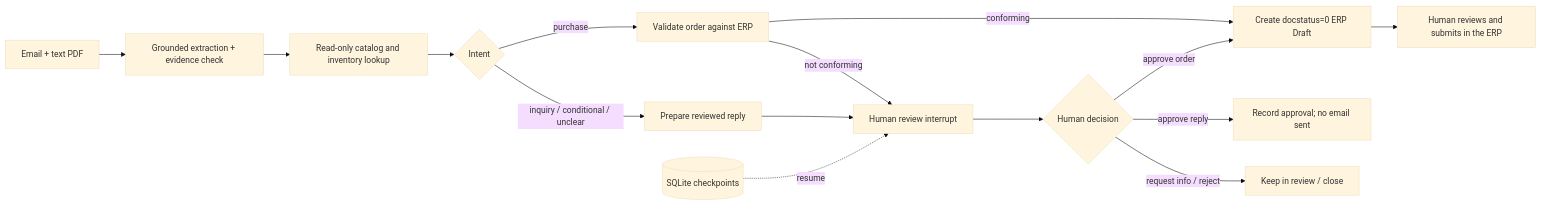
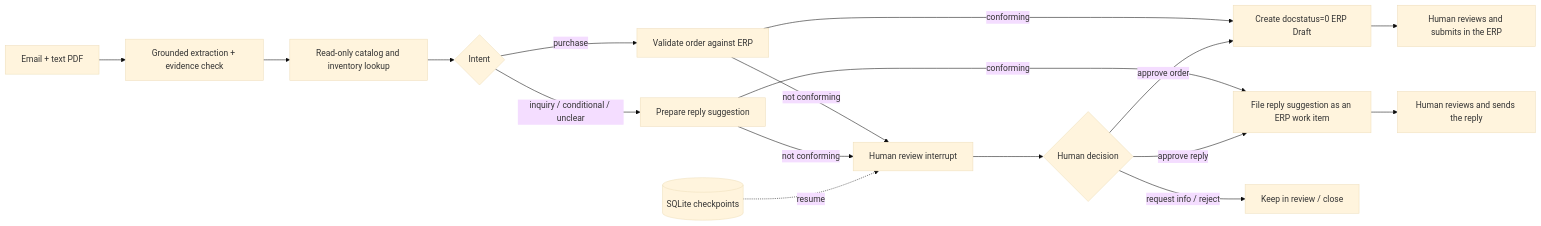
One commit to swnotmetal/E2E-MailOrder-LangChain changed the diagram in README.md. Above: the diagram before and after it, drawn with Mermaid (base theme). The commit also changed other lines of this file and 18 other files, not shown here.

````diff
--- a/README.md
+++ b/README.md
@@ -30,17 +30,19 @@
 ```mermaid
 flowchart LR
   A[Email + text PDF] --> B[Grounded extraction + evidence check]
   B --> C[Read-only catalog and inventory lookup]
   C --> D{Intent}
   D -->|purchase| E[Validate order against ERP]
-  D -->|inquiry / conditional / unclear| F[Prepare reviewed reply]
+  D -->|inquiry / conditional / unclear| F[Prepare reply suggestion]
   E -->|conforming| I[Create docstatus=0 ERP Draft]
   E -->|not conforming| G[Human review interrupt]
-  F --> G
+  F -->|conforming| N[File reply suggestion as an ERP work item]
+  F -->|not conforming| G
   G --> H{Human decision}
   H -->|approve order| I
-  H -->|approve reply| J[Record approval; no email sent]
+  H -->|approve reply| N
   H -->|request info / reject| K[Keep in review / close]
   I --> M[Human reviews and submits in the ERP]
+  N --> O[Human reviews and sends the reply]
   L[(SQLite checkpoints)] -. resume .-> G
 ```
````
